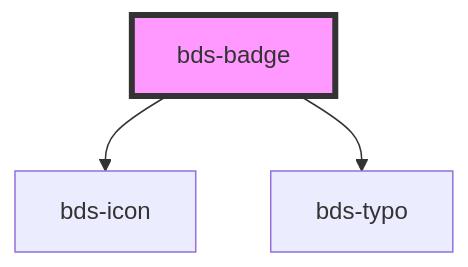
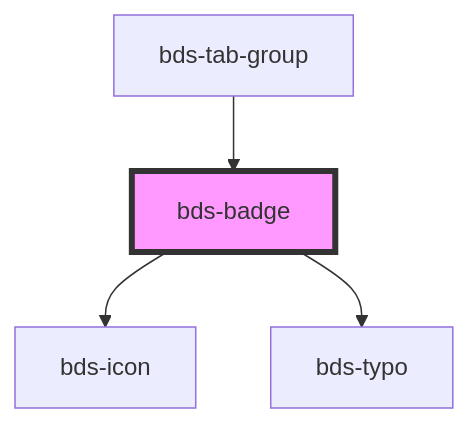
The diagram in src/components/badge/readme.md (takenet/blip-ds), drawn with Mermaid before and after one commit. The commit also changed other lines of this file and 10 other files, not shown here.

````diff
--- a/src/components/badge/readme.md
+++ b/src/components/badge/readme.md
@@ -28,6 +32,7 @@
 ```mermaid
 graph TD;
   bds-badge --> bds-icon
   bds-badge --> bds-typo
+  bds-tab-group --> bds-badge
   style bds-badge fill:#f9f,stroke:#333,stroke-width:4px
 ```
````
